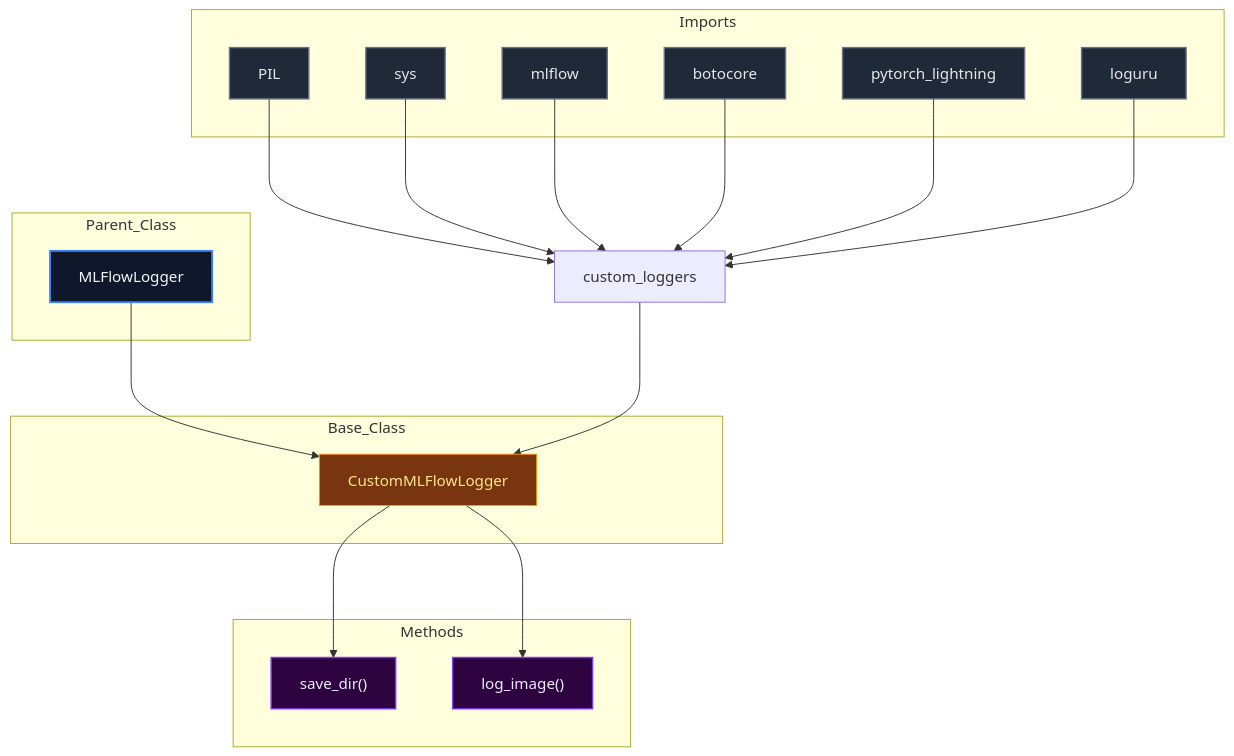
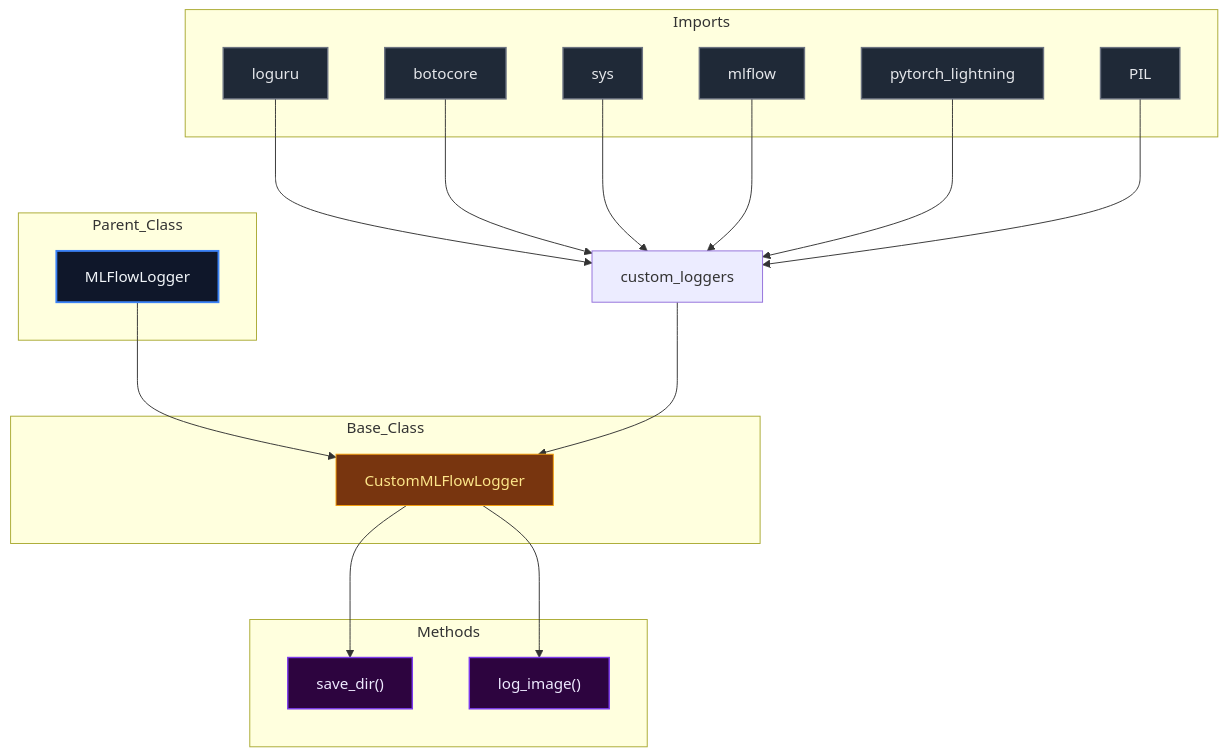
One commit to mllam/neural-lam changed the diagram in docs/diagrams/custom_loggers_diagram.md. Above: the diagram before and after it, drawn with Mermaid. The commit also changed 19 other files, not shown here.

Commit message:
Auto-update Mermaid diagrams

````diff
--- a/docs/diagrams/custom_loggers_diagram.md
+++ b/docs/diagrams/custom_loggers_diagram.md
@@ -1,52 +1,52 @@
 ```mermaid
 %%{init: {'flowchart': {'nodeSpacing': 60, 'rankSpacing': 80}}}%%
 flowchart TD
 
 module["custom_loggers"]
 
 subgraph Parent_Class
     MLFlowLogger["MLFlowLogger"]
 end
 
 subgraph Base_Class
     CustomMLFlowLogger["CustomMLFlowLogger"]
 end
 
     MLFlowLogger --> CustomMLFlowLogger
 
 subgraph Imports
-    PIL["PIL"]
+    loguru["loguru"]
+    botocore["botocore"]
     sys["sys"]
     mlflow["mlflow"]
-    botocore["botocore"]
     pytorch_lightning["pytorch_lightning"]
-    loguru["loguru"]
+    PIL["PIL"]
 end
 
-    PIL --> module
+    loguru --> module
+    botocore --> module
     sys --> module
     mlflow --> module
-    botocore --> module
     pytorch_lightning --> module
-    loguru --> module
+    PIL --> module
     module --> CustomMLFlowLogger
 
 subgraph Methods
     CustomMLFlowLogger_save_dir["save_dir()"]
     CustomMLFlowLogger_log_image["log_image()"]
 end
 
     CustomMLFlowLogger --> CustomMLFlowLogger_save_dir
     CustomMLFlowLogger --> CustomMLFlowLogger_log_image
 
 classDef parent fill:#0f172a,stroke:#3b82f6,stroke-width:2px,color:#f1f5f9,font-size:16px
 classDef base fill:#78350f,stroke:#f59e0b,stroke-width:1px,color:#fde68a,font-size:16px
 classDef import fill:#1f2937,stroke:#6b7280,stroke-width:1.5px,color:#e5e7eb,font-size:16px
 classDef method fill:#2d043f,stroke:#7c3aed,stroke-width:1.5px,color:#ede9fe,font-size:16px
 classDef callNode fill:#064e3b,stroke:#10b981,stroke-width:1.5px,color:#d1fae5,font-size:16px
 class MLFlowLogger parent
 class CustomMLFlowLogger base
-class PIL,sys,mlflow,botocore,pytorch_lightning,loguru import
+class loguru,botocore,sys,mlflow,pytorch_lightning,PIL import
 class CustomMLFlowLogger_save_dir,CustomMLFlowLogger_log_image method
 
 ```
````
